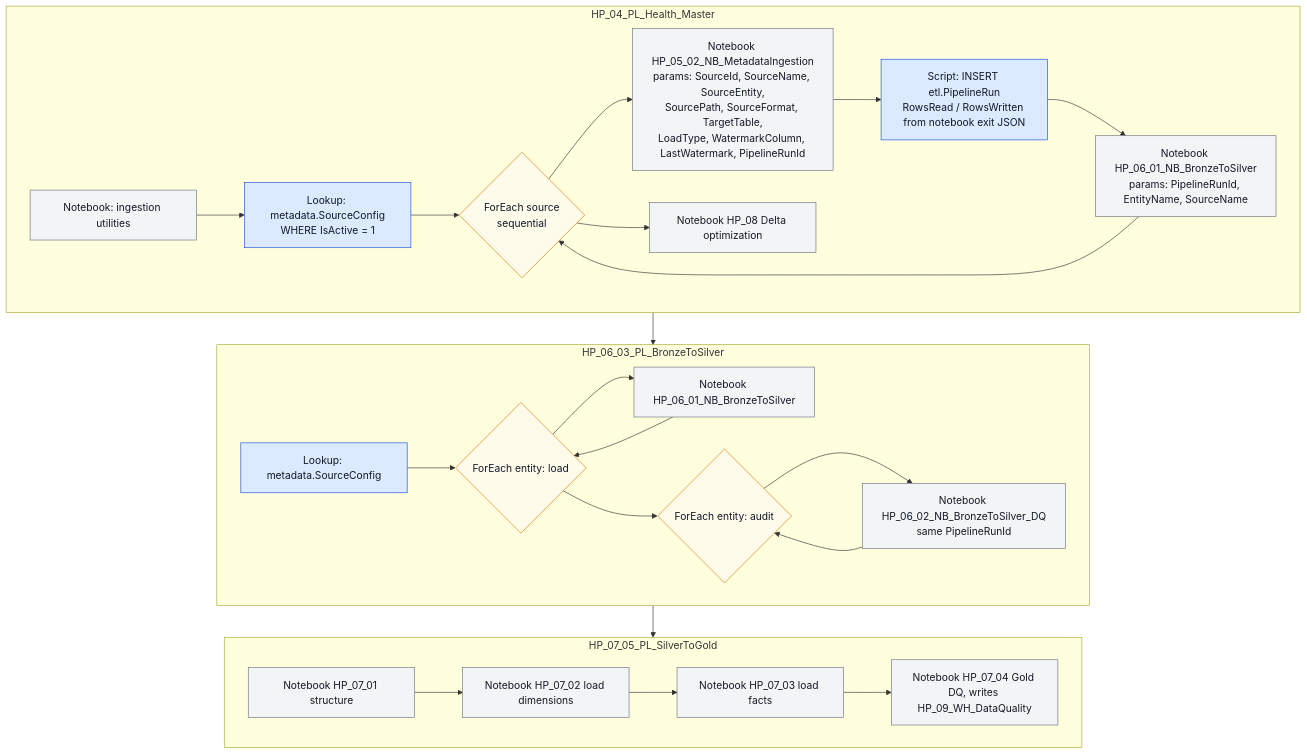
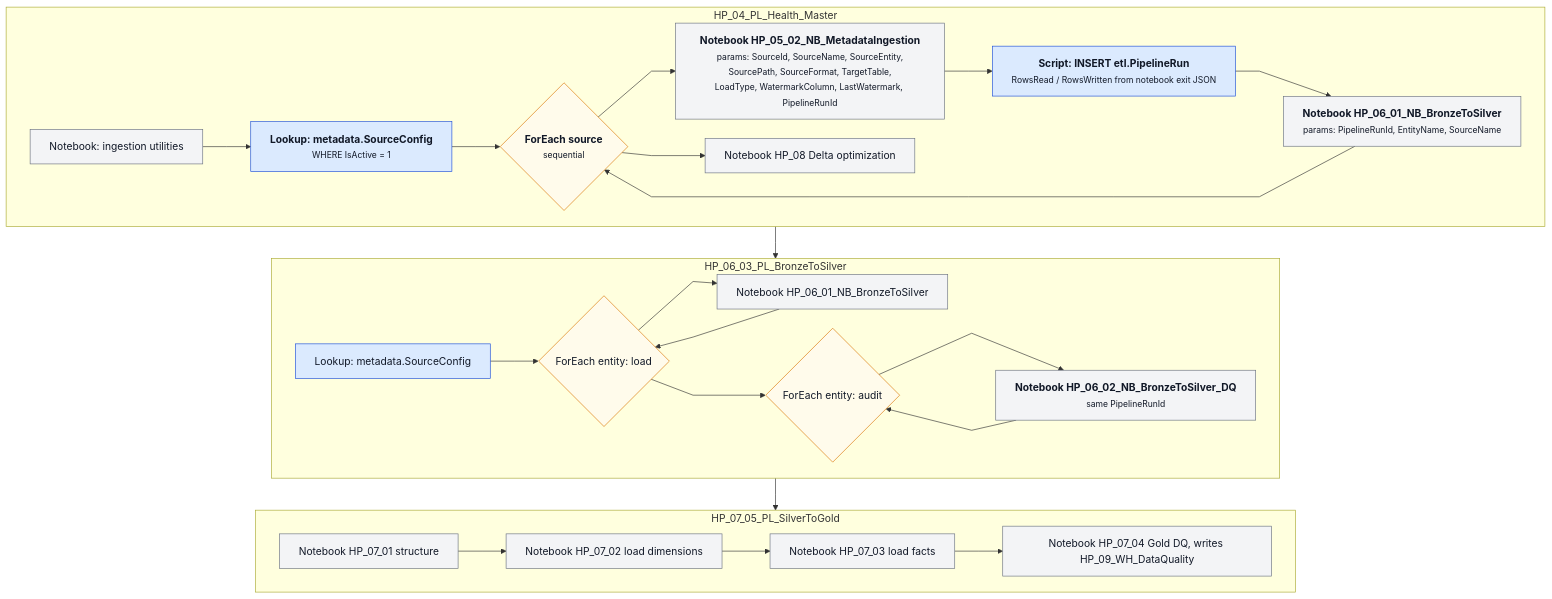
One commit to hafizmahmudi/healthpulse-fabric-healthcare changed the sixth of 7 diagrams in architecture/README.md. Above: the diagram before and after it, drawn with Mermaid. The commit also changed other lines of this file, not shown here.

````diff
--- a/architecture/README.md
+++ b/architecture/README.md
@@ -299,36 +478,37 @@
 ```mermaid
+%%{init: {"flowchart": {"curve": "linear", "wrappingWidth": 360, "nodeSpacing": 30, "rankSpacing": 50}}}%%
 flowchart TB
     subgraph M[HP_04_PL_Health_Master]
-        M0[Notebook: ingestion utilities] --> M1[Lookup: metadata.SourceConfig<br/>WHERE IsActive = 1]
-        M1 --> M2{ForEach source<br/>sequential}
-        M2 --> M3["Notebook HP_05_02_NB_MetadataIngestion<br/>params: SourceId, SourceName, SourceEntity,<br/>SourcePath, SourceFormat, TargetTable,<br/>LoadType, WatermarkColumn, LastWatermark, PipelineRunId"]
-        M3 --> M4["Script: INSERT etl.PipelineRun<br/>RowsRead / RowsWritten from notebook exit JSON"]
-        M4 --> M5["Notebook HP_06_01_NB_BronzeToSilver<br/>params: PipelineRunId, EntityName, SourceName"]
+        M0[Notebook: ingestion utilities] --> M1["<b>Lookup: metadata.SourceConfig</b><br/><small>WHERE IsActive = 1</small>"]
+        M1 --> M2{"<b>ForEach source</b><br/><small>sequential</small>"}
+        M2 --> M3["<b>Notebook HP_05_02_NB_MetadataIngestion</b><br/><small>params: SourceId, SourceName, SourceEntity,<br/>SourcePath, SourceFormat, TargetTable,<br/>LoadType, WatermarkColumn, LastWatermark, PipelineRunId</small>"]
+        M3 --> M4["<b>Script: INSERT etl.PipelineRun</b><br/><small>RowsRead / RowsWritten from notebook exit JSON</small>"]
+        M4 --> M5["<b>Notebook HP_06_01_NB_BronzeToSilver</b><br/><small>params: PipelineRunId, EntityName, SourceName</small>"]
         M5 --> M2
         M2 --> M6[Notebook HP_08 Delta optimization]
     end
 
     subgraph S[HP_06_03_PL_BronzeToSilver]
         S1[Lookup: metadata.SourceConfig] --> S2{ForEach entity: load}
         S2 --> S3[Notebook HP_06_01_NB_BronzeToSilver]
         S3 --> S2
         S2 --> S4{ForEach entity: audit}
-        S4 --> S5[Notebook HP_06_02_NB_BronzeToSilver_DQ<br/>same PipelineRunId]
+        S4 --> S5["<b>Notebook HP_06_02_NB_BronzeToSilver_DQ</b><br/><small>same PipelineRunId</small>"]
         S5 --> S4
     end
 
     subgraph G[HP_07_05_PL_SilverToGold]
         G1[Notebook HP_07_01 structure] --> G2[Notebook HP_07_02 load dimensions]
         G2 --> G3[Notebook HP_07_03 load facts]
         G3 --> G4[Notebook HP_07_04 Gold DQ, writes HP_09_WH_DataQuality]
     end
 
     M --> S --> G
 
     classDef code fill:#f3f4f6,stroke:#6b7280,color:#111827
     classDef control fill:#dbeafe,stroke:#1d4ed8,color:#111827
     classDef loop fill:#fffbeb,stroke:#d97706,color:#111827
     class M0,M3,M5,M6,S3,S5,G1,G2,G3,G4 code
     class M1,M4,S1 control
     class M2,S2,S4 loop
 ```
````
